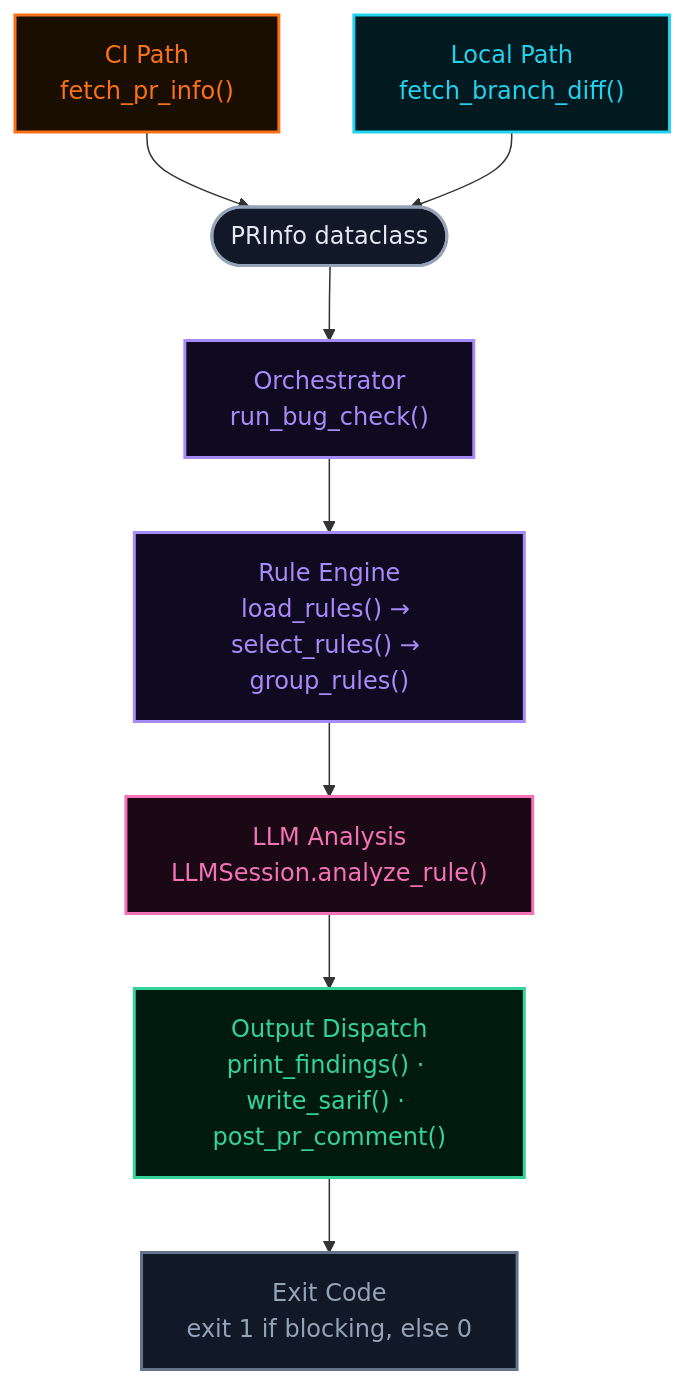
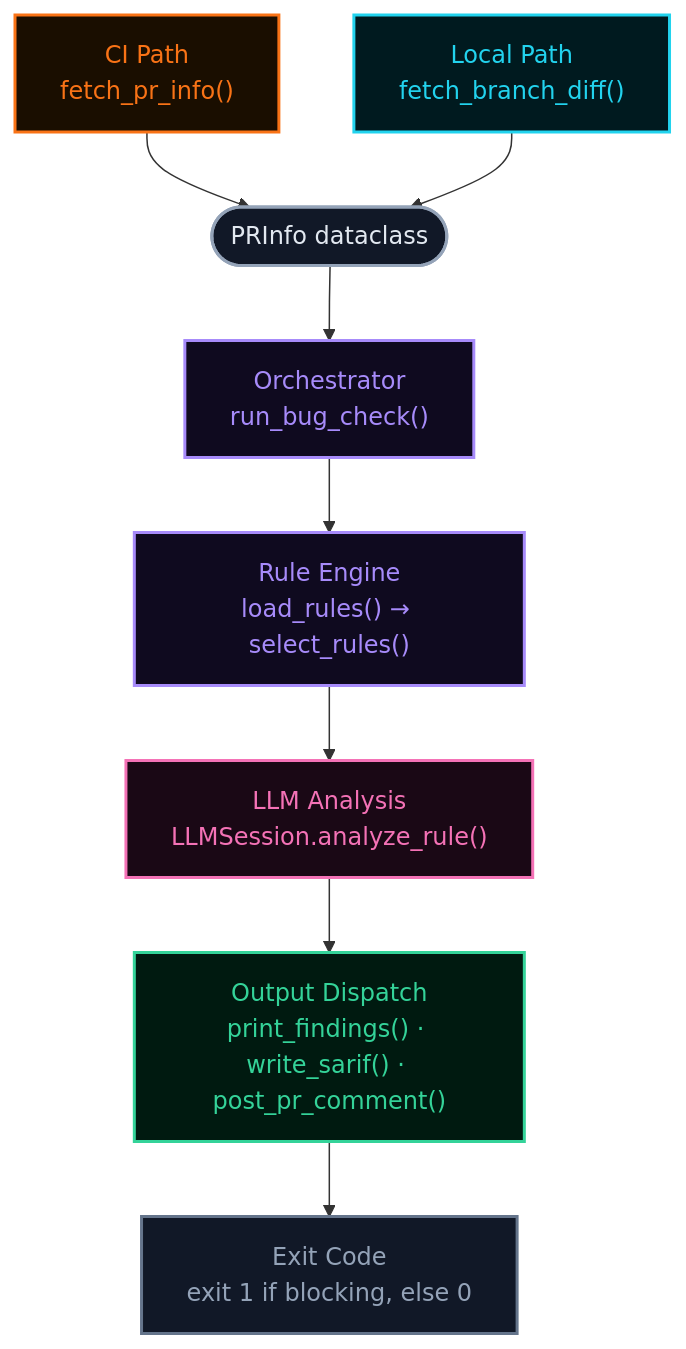
Before and after one commit to tenstorrent/tt-metal: the diagram in .github/bug_checker/README.md, drawn with Mermaid. The commit also changed other lines of this file and 9 other files, not shown here.

````diff
--- a/.github/bug_checker/README.md
+++ b/.github/bug_checker/README.md
@@ -13,41 +13,41 @@
 ```mermaid
 flowchart TD
     CI["CI Path\nfetch_pr_info()"]
     LOCAL["Local Path\nfetch_branch_diff()"]
 
     CI --> PRINFO
     LOCAL --> PRINFO
 
     PRINFO(["PRInfo dataclass"])
     PRINFO --> ORCH
 
     ORCH["Orchestrator\nrun_bug_check()"]
     ORCH --> RULES
 
-    RULES["Rule Engine\nload_rules() → select_rules() → group_rules()"]
+    RULES["Rule Engine\nload_rules() → select_rules()"]
     RULES --> LLM
 
     LLM["LLM Analysis\nLLMSession.analyze_rule()"]
     LLM --> OUT
 
     OUT["Output Dispatch\nprint_findings() · write_sarif() · post_pr_comment()"]
     OUT --> EXIT
 
     EXIT["Exit Code\nexit 1 if blocking, else 0"]
 
     classDef ci fill:#1a0e00,stroke:#f97316,stroke-width:2px,color:#f97316
     classDef local fill:#001a1f,stroke:#22d3ee,stroke-width:2px,color:#22d3ee
     classDef shared fill:#0f0a1f,stroke:#a78bfa,stroke-width:2px,color:#a78bfa
     classDef llm fill:#1a0815,stroke:#f472b6,stroke-width:2px,color:#f472b6
     classDef output fill:#001a10,stroke:#34d399,stroke-width:2px,color:#34d399
     classDef exitcode fill:#111827,stroke:#64748b,stroke-width:2px,color:#94a3b8
     classDef prinfo fill:#111827,stroke:#94a3b8,stroke-width:2px,color:#e2e8f0
 
     class CI ci
     class LOCAL local
     class PRINFO prinfo
     class ORCH,RULES shared
     class LLM llm
     class OUT output
     class EXIT exitcode
 ```
````
